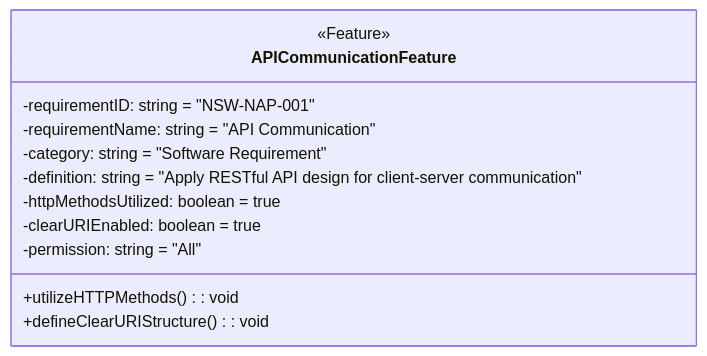
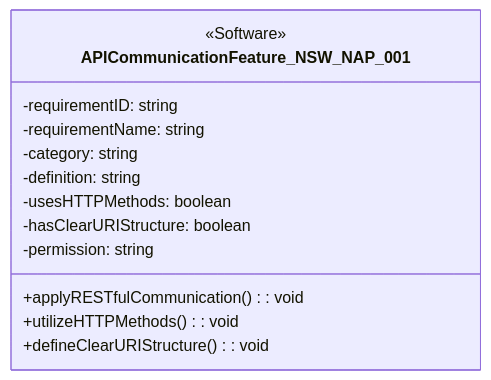
One commit to sun922/University-SoftwareDesign changed diagram 22 of 32 in 1. Requirement Analysis/Software Requirements Specification.md. Above: the diagram before and after it, drawn with Mermaid. The commit also changed other lines of this file, not shown here.

First line of the commit message:
Update Software Requirements Specification.md

````diff
--- a/1. Requirement Analysis/Software Requirements Specification.md
+++ b/1. Requirement Analysis/Software Requirements Specification.md
@@ -670,17 +678,17 @@
 ```mermaid
 classDiagram
-    class APICommunicationFeature {
-        <<Feature>>
-        -requirementID: string = "NSW-NAP-001"
-        -requirementName: string = "API Communication"
-        -category: string = "Software Requirement"
-        -definition: string = "Apply RESTful API design for client-server communication"
-        -httpMethodsUtilized: boolean = true
-        -clearURIEnabled: boolean = true
-        -permission: string = "All"
+    class APICommunicationFeature_NSW_NAP_001 {
+        <<Software>>
+        -requirementID: string
+        -requirementName: string
+        -category: string
+        -definition: string
+        -usesHTTPMethods: boolean
+        -hasClearURIStructure: boolean
+        -permission: string
 
+        +applyRESTfulCommunication(): void
         +utilizeHTTPMethods(): void
         +defineClearURIStructure(): void
     }
-
 ```
````
